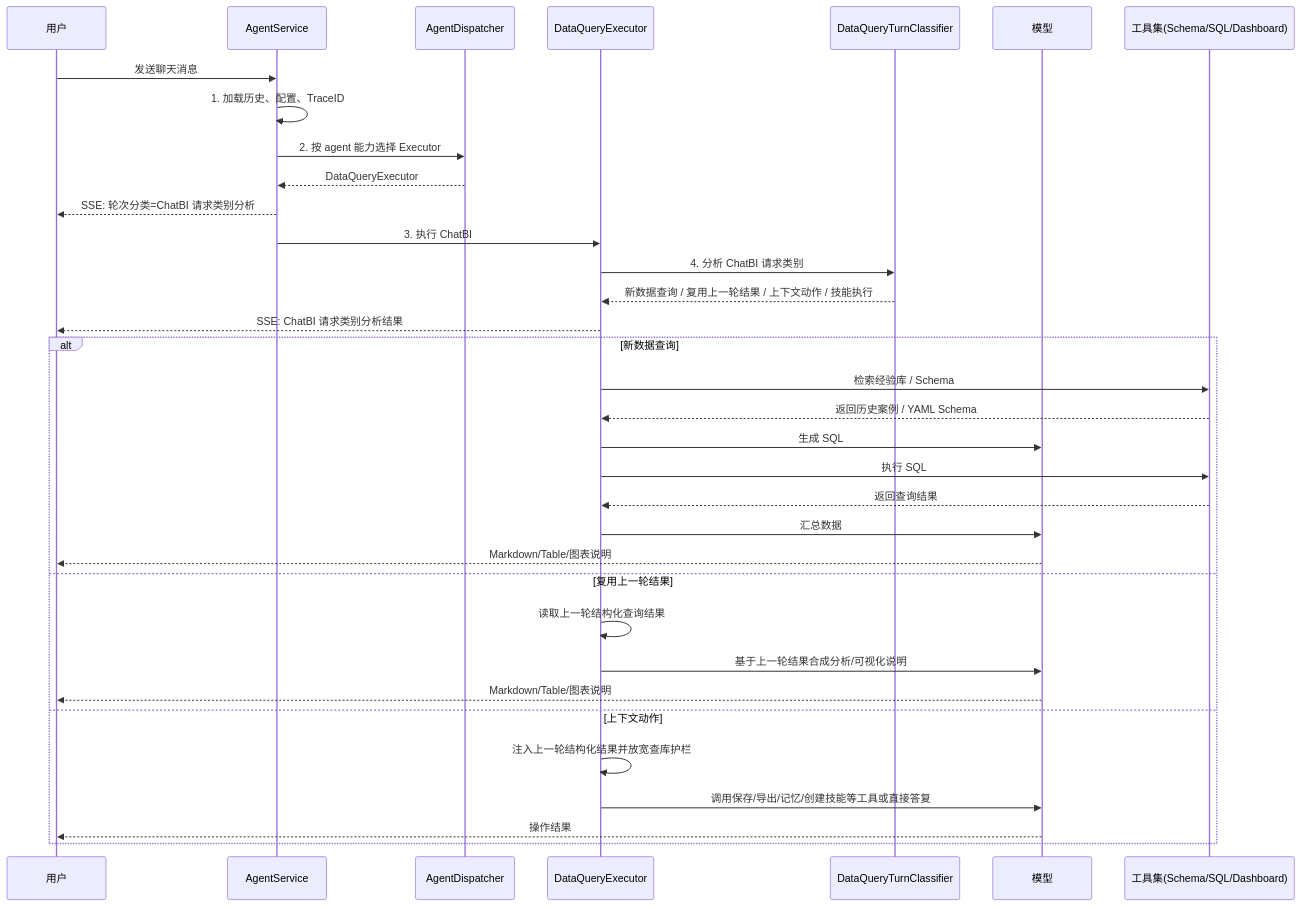
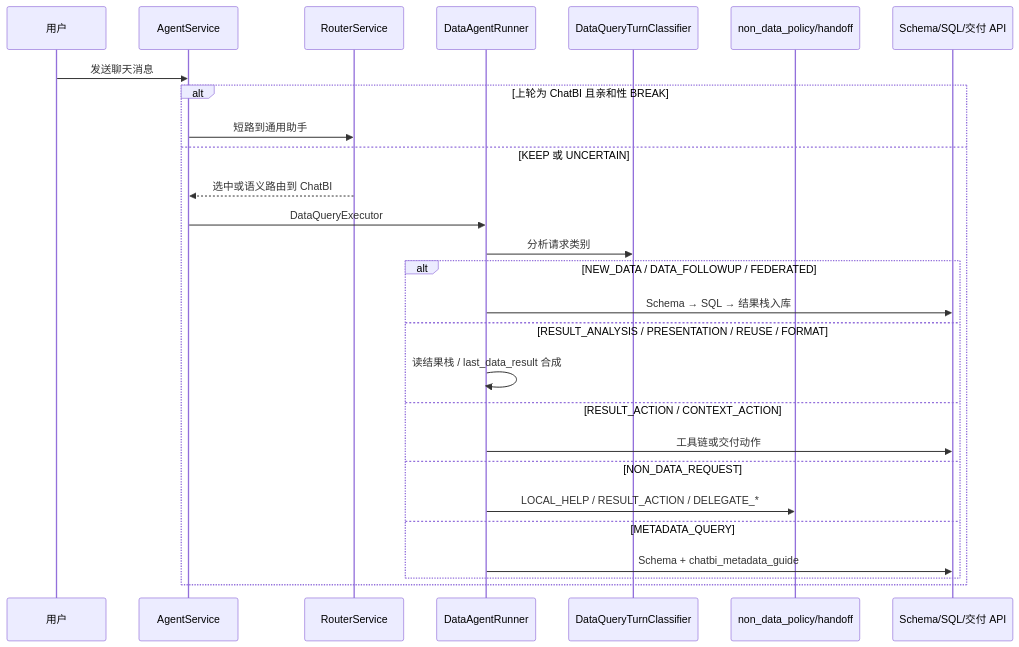
One commit to zhaoruifeng01/nanzi-ai-agent-platform changed the diagram in architech/design/CHAT_BI_DESIGN.md. Above: the diagram before and after it, drawn with Mermaid. The commit also changed other lines of this file and 10 other files, not shown here.

````diff
--- a/architech/design/CHAT_BI_DESIGN.md
+++ b/architech/design/CHAT_BI_DESIGN.md
@@ -12,39 +17,30 @@
 ```mermaid
 sequenceDiagram
     participant User as 用户
     participant API as AgentService
-    participant Dispatcher as AgentDispatcher
-    participant Executor as DataQueryExecutor
+    participant Router as RouterService
+    participant Runner as DataAgentRunner
     participant Classifier as DataQueryTurnClassifier
-    participant LLM as 模型
-    participant Tools as 工具集(Schema/SQL/Dashboard)
+    participant Policy as non_data_policy/handoff
+    participant Tools as Schema/SQL/交付 API
 
     User->>API: 发送聊天消息
-    API->>API: 1. 加载历史、配置、TraceID
-    API->>Dispatcher: 2. 按 agent 能力选择 Executor
-    Dispatcher-->>API: DataQueryExecutor
-    API-->>User: SSE: 轮次分类=ChatBI 请求类别分析
-
-    API->>Executor: 3. 执行 ChatBI
-    Executor->>Classifier: 4. 分析 ChatBI 请求类别
-    Classifier-->>Executor: 新数据查询 / 复用上一轮结果 / 上下文动作 / 技能执行
-    Executor-->>User: SSE: ChatBI 请求类别分析结果
-
-    alt 新数据查询
-        Executor->>Tools: 检索经验库 / Schema
-        Tools-->>Executor: 返回历史案例 / YAML Schema
-        Executor->>LLM: 生成 SQL
-        Executor->>Tools: 执行 SQL
-        Tools-->>Executor: 返回查询结果
-        Executor->>LLM: 汇总数据
-        LLM-->>User: Markdown/Table/图表说明
-    else 复用上一轮结果
-        Executor->>Executor: 读取上一轮结构化查询结果
-        Executor->>LLM: 基于上一轮结果合成分析/可视化说明
-        LLM-->>User: Markdown/Table/图表说明
-    else 上下文动作
-        Executor->>Executor: 注入上一轮结构化结果并放宽查库护栏
-        Executor->>LLM: 调用保存/导出/记忆/创建技能等工具或直接答复
-        LLM-->>User: 操作结果
+    alt 上轮为 ChatBI 且亲和性 BREAK
+        API->>Router: 短路到通用助手
+    else KEEP 或 UNCERTAIN
+        Router-->>API: 选中或语义路由到 ChatBI
+        API->>Runner: DataQueryExecutor
+        Runner->>Classifier: 分析请求类别
+        alt NEW_DATA / DATA_FOLLOWUP / FEDERATED
+            Runner->>Tools: Schema → SQL → 结果栈入库
+        else RESULT_ANALYSIS / PRESENTATION / REUSE / FORMAT
+            Runner->>Runner: 读结果栈 / last_data_result 合成
+        else RESULT_ACTION / CONTEXT_ACTION
+            Runner->>Tools: 工具链或交付动作
+        else NON_DATA_REQUEST
+            Runner->>Policy: LOCAL_HELP / RESULT_ACTION / DELEGATE_*
+        else METADATA_QUERY
+            Runner->>Tools: Schema + chatbi_metadata_guide
+        end
     end
 ```
````
